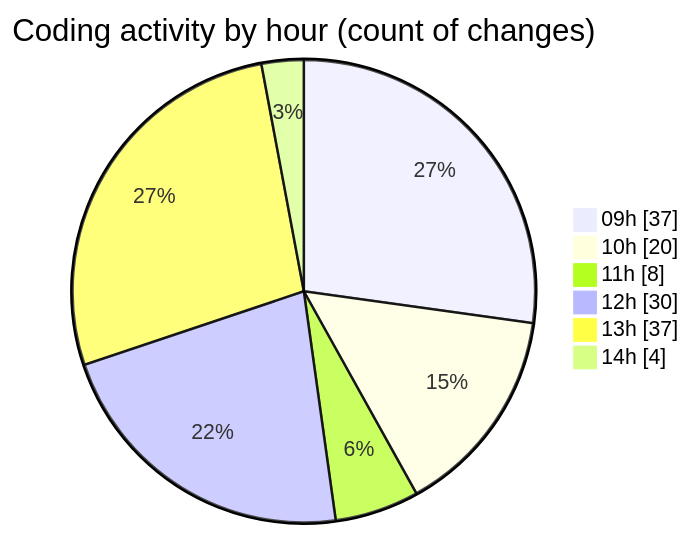
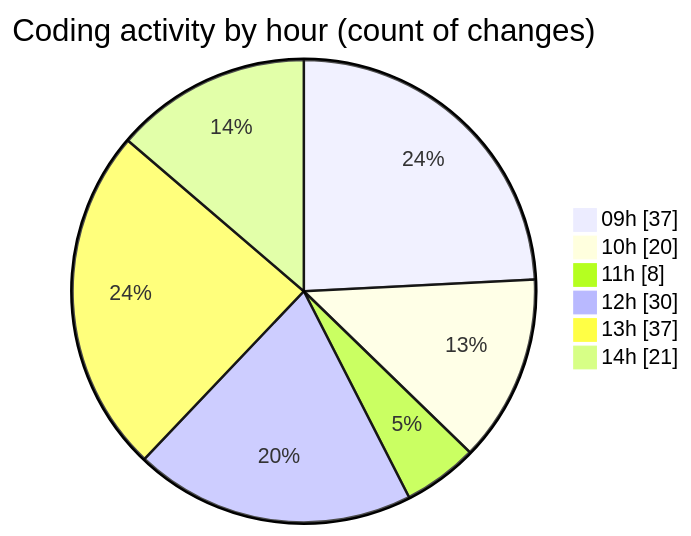
The second of 2 diagrams in 2026-05-08/cda/README.md (momahboobian/code-tracking), drawn with Mermaid before and after one commit. The commit also changed other lines of this file and 1 other file, not shown here.

````diff
--- a/2026-05-08/cda/README.md
+++ b/2026-05-08/cda/README.md
@@ -52,10 +56,10 @@
 ```mermaid
 pie showData
 title Coding activity by hour (count of changes)
 "09h" : 37
 "10h" : 20
 "11h" : 8
 "12h" : 30
 "13h" : 37
-"14h" : 4
+"14h" : 21
 ```
````
